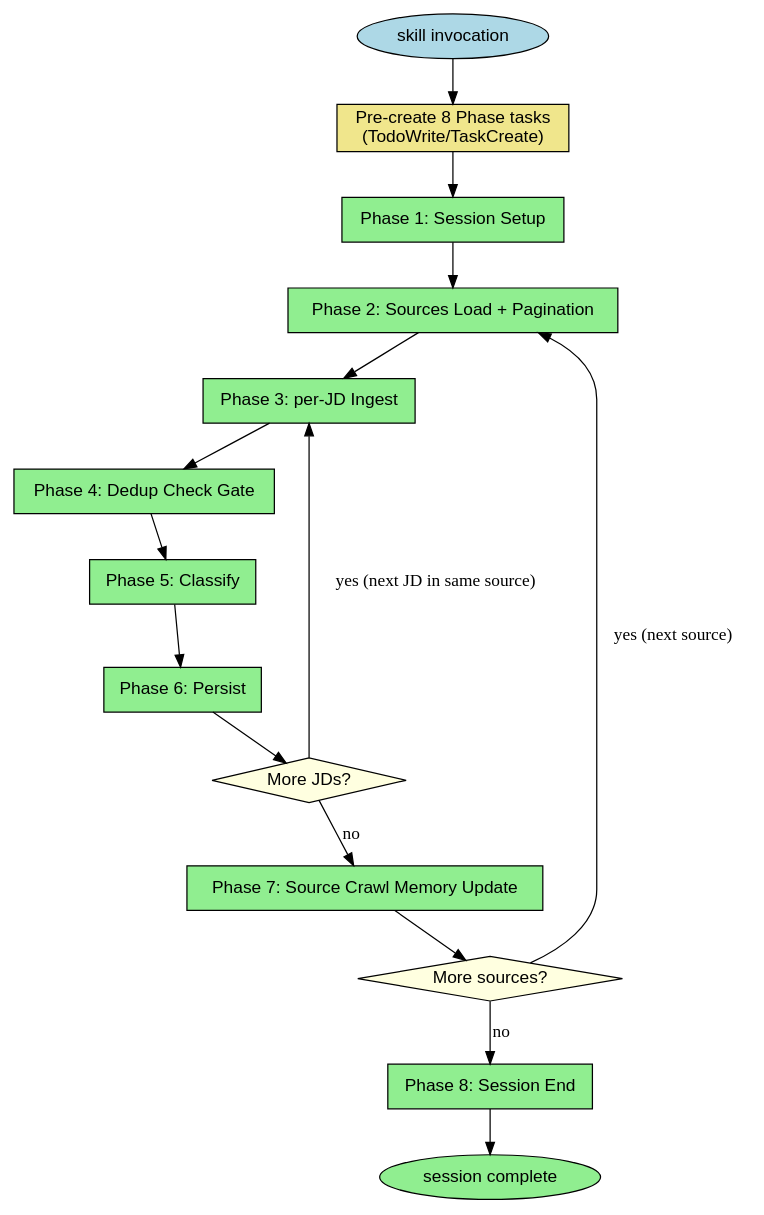
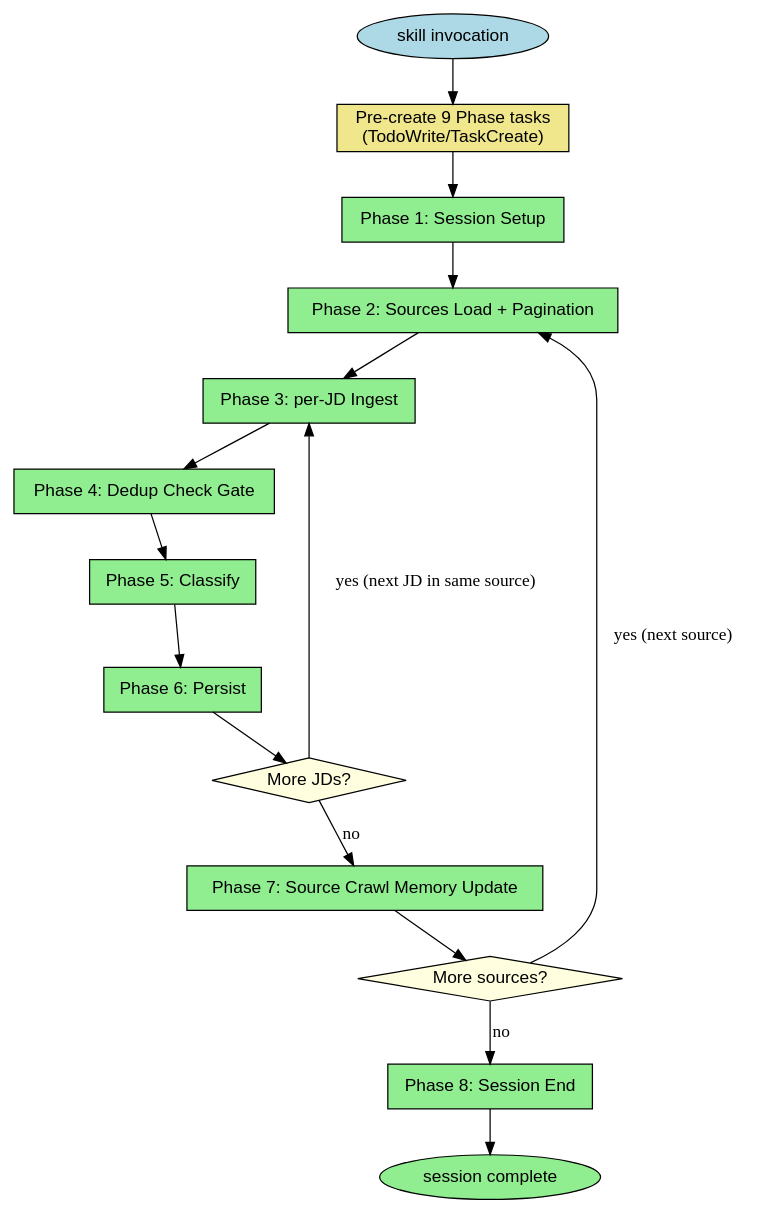
One commit to toongri/oh-my-toong-playground changed the first of 2 diagrams in skills/collect-jd/reference/bootstrap.md. Above: the diagram before and after it, drawn with Graphviz. The commit also changed other lines of this file, not shown here.

First line of the commit message:
fix: collect-jd bootstrap.md 9-phase sync

````diff
--- a/skills/collect-jd/reference/bootstrap.md
+++ b/skills/collect-jd/reference/bootstrap.md
@@ -39,35 +39,35 @@
 ```dot
 digraph phase_task_creation {
   rankdir=TB;
   node [shape=box, fontname="Helvetica"];
 
   trigger [label="skill invocation", shape=ellipse, style=filled, fillcolor=lightblue];
-  create_tasks [label="Pre-create 8 Phase tasks\n(TodoWrite/TaskCreate)", style=filled, fillcolor=khaki];
+  create_tasks [label="Pre-create 9 Phase tasks\n(TodoWrite/TaskCreate)", style=filled, fillcolor=khaki];
   session_setup [label="Phase 1: Session Setup", style=filled, fillcolor=lightgreen];
   sources_load_pagination [label="Phase 2: Sources Load + Pagination", style=filled, fillcolor=lightgreen];
   per_jd_ingest [label="Phase 3: per-JD Ingest", style=filled, fillcolor=lightgreen];
   dedup [label="Phase 4: Dedup Check Gate", style=filled, fillcolor=lightgreen];
   classify [label="Phase 5: Classify", style=filled, fillcolor=lightgreen];
   persist [label="Phase 6: Persist", style=filled, fillcolor=lightgreen];
   batch_jd_decision [label="More JDs?", shape=diamond, style=filled, fillcolor=lightyellow];
   source_crawl_memory_update [label="Phase 7: Source Crawl Memory Update", style=filled, fillcolor=lightgreen];
   batch_source_decision [label="More sources?", shape=diamond, style=filled, fillcolor=lightyellow];
   session_end [label="Phase 8: Session End", style=filled, fillcolor=lightgreen];
   done [label="session complete", shape=ellipse, style=filled, fillcolor=lightgreen];
 
   trigger -> create_tasks;
   create_tasks -> session_setup;
   session_setup -> sources_load_pagination;
   sources_load_pagination -> per_jd_ingest;
   per_jd_ingest -> dedup;
   dedup -> classify;
   classify -> persist;
   persist -> batch_jd_decision;
   batch_jd_decision -> per_jd_ingest [label="yes (next JD in same source)"];
   batch_jd_decision -> source_crawl_memory_update [label="no"];
   source_crawl_memory_update -> batch_source_decision;
   batch_source_decision -> sources_load_pagination [label="yes (next source)"];
   batch_source_decision -> session_end [label="no"];
   session_end -> done;
 }
 ```
````
